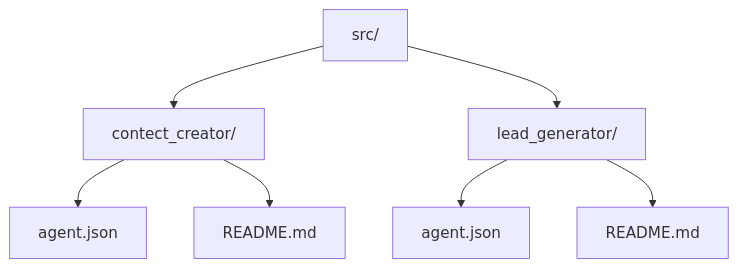
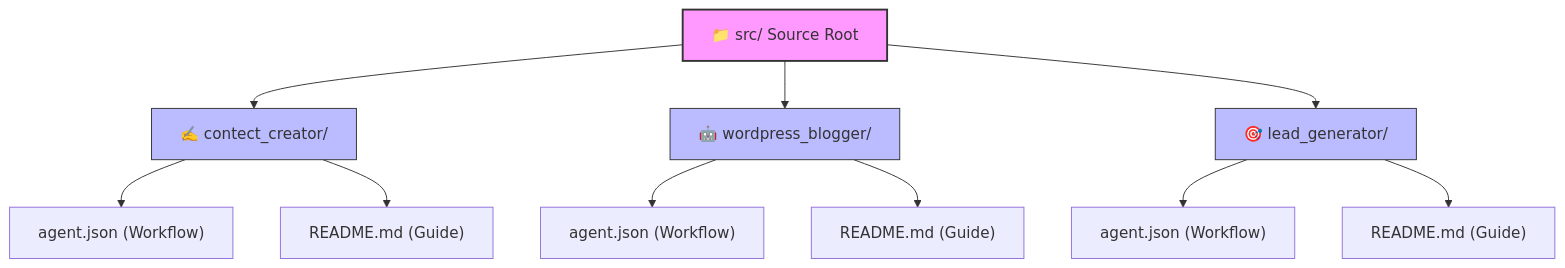
Before and after one commit to beydah/N8N-AI-Agent: the diagram in src/README.md, drawn with Mermaid. The commit also changed other lines of this file and 8 other files, not shown here.

````diff
--- a/src/README.md
+++ b/src/README.md
@@ -9,9 +19,18 @@
 ```mermaid
 graph TD
-    Source["src/"] --> Content["contect_creator/"]
-    Source --> Leads["lead_generator/"]
-    Content --> ContentJson["agent.json"]
-    Content --> ContentReadme["README.md"]
-    Leads --> LeadsJson["agent.json"]
-    Leads --> LeadsReadme["README.md"]
+    Source["📁 src/ Source Root"] --> Content["✍️ contect_creator/"]
+    Source --> Blogger["🤖 wordpress_blogger/"]
+    Source --> Leads["🎯 lead_generator/"]
+
+    Content --> ContentJson["agent.json (Workflow)"]
+    Content --> ContentReadme["README.md (Guide)"]
+    Blogger --> BloggerJson["agent.json (Workflow)"]
+    Blogger --> BloggerReadme["README.md (Guide)"]
+    Leads --> LeadsJson["agent.json (Workflow)"]
+    Leads --> LeadsReadme["README.md (Guide)"]
+
+    style Source fill:#f9f,stroke:#333,stroke-width:2px
+    style Content fill:#bbf,stroke:#333
+    style Blogger fill:#bbf,stroke:#333
+    style Leads fill:#bbf,stroke:#333
 ```
````
